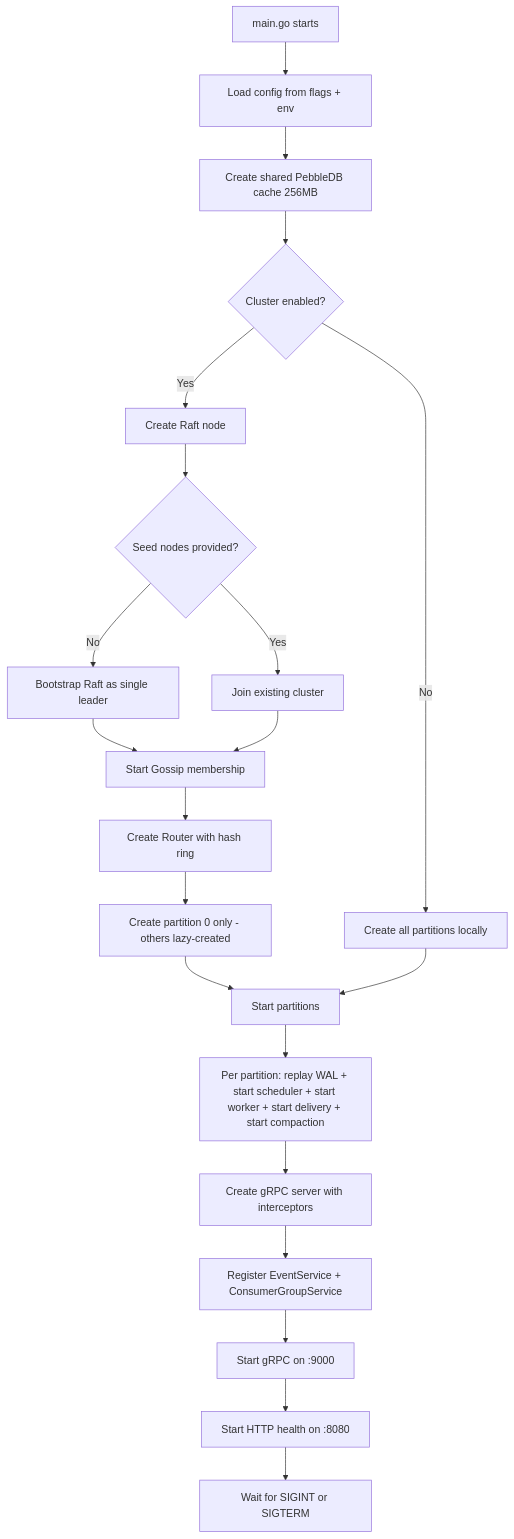
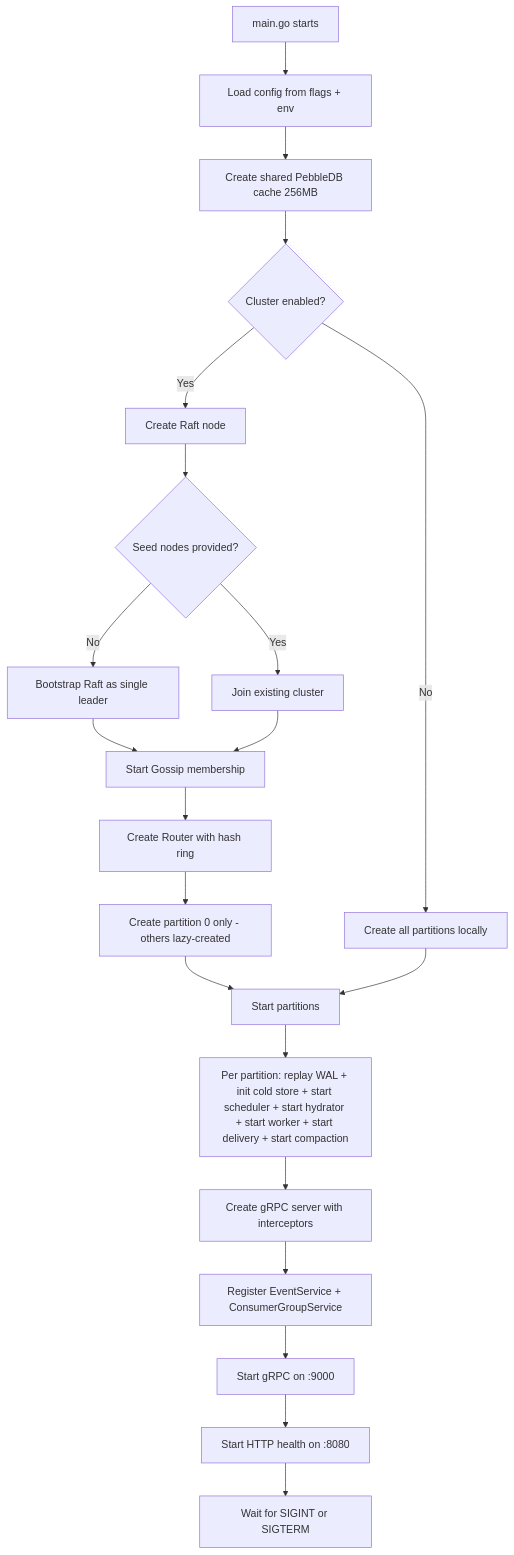
Before and after one commit to jatin711-debug/cronos_db_golang: diagram 41 of 43 in ARCHITECTURE.md, drawn with Mermaid. The commit also changed other lines of this file and 24 other files, not shown here.

````diff
--- a/ARCHITECTURE.md
+++ b/ARCHITECTURE.md
@@ -1075,26 +1217,26 @@
 ```mermaid
 flowchart TD
     A[main.go starts] --> B[Load config from flags + env]
     B --> C[Create shared PebbleDB cache 256MB]
     C --> D{Cluster enabled?}
 
     D -->|Yes| E[Create Raft node]
     E --> F{Seed nodes provided?}
     F -->|No| G[Bootstrap Raft as single leader]
     F -->|Yes| H[Join existing cluster]
     G --> I[Start Gossip membership]
     H --> I
     I --> J[Create Router with hash ring]
     J --> K[Create partition 0 only - others lazy-created]
 
     D -->|No| L[Create all partitions locally]
 
     K --> M[Start partitions]
     L --> M
-    M --> N[Per partition: replay WAL + start scheduler + start worker + start delivery + start compaction]
+    M --> N[Per partition: replay WAL + init cold store + start scheduler + start hydrator + start worker + start delivery + start compaction]
     N --> O[Create gRPC server with interceptors]
     O --> P[Register EventService + ConsumerGroupService]
     P --> Q[Start gRPC on :9000]
     Q --> R[Start HTTP health on :8080]
     R --> S[Wait for SIGINT or SIGTERM]
 ```
````
